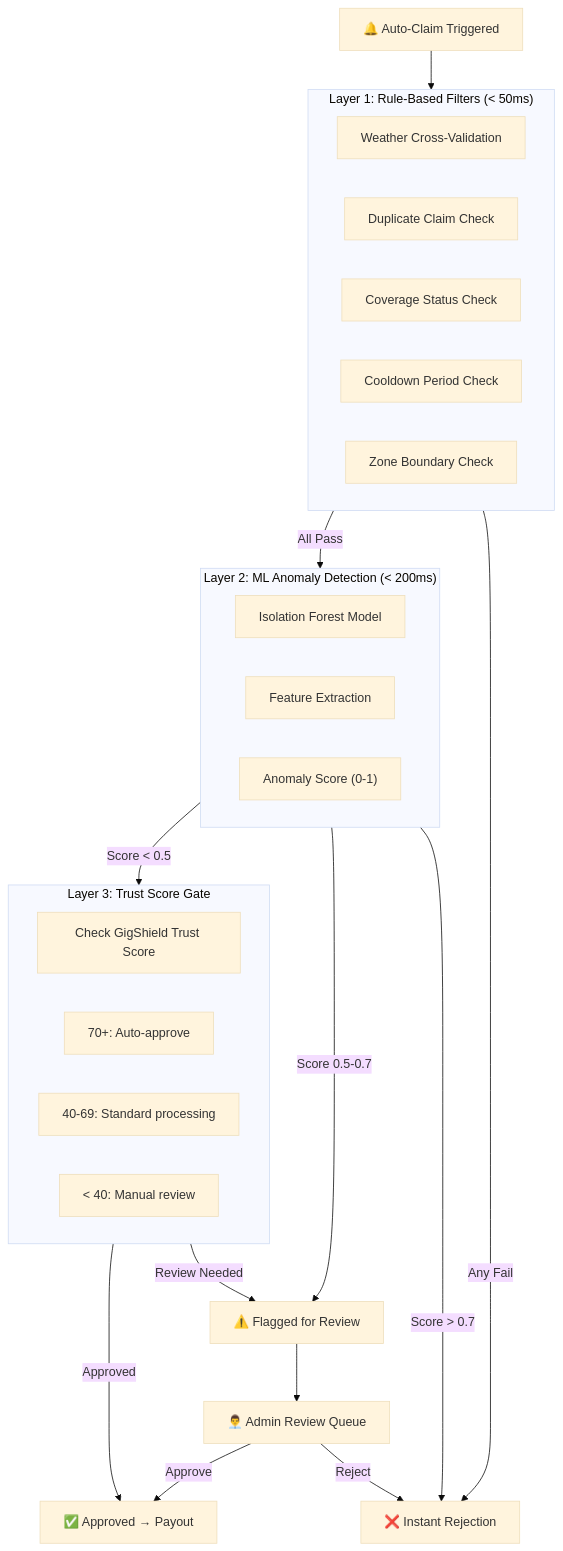
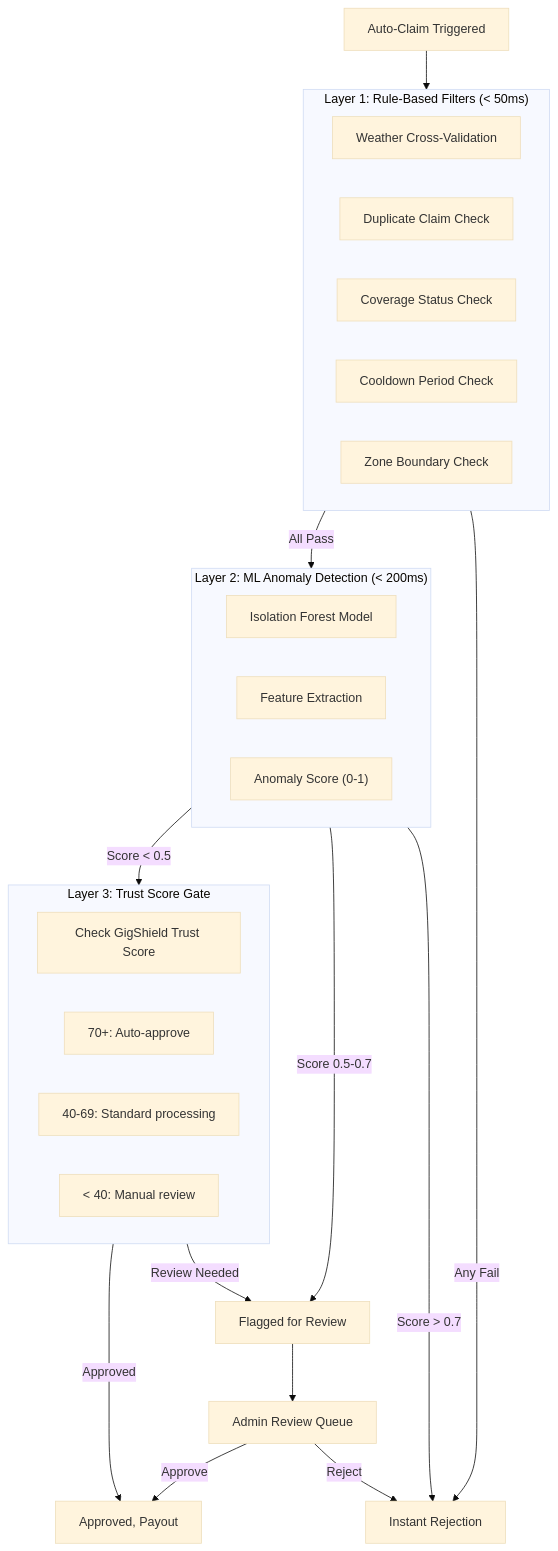
One commit to PraneeshRV/Zoink-4-u changed the diagram in docs/FRAUD_DETECTION.md. Above: the diagram before and after it, drawn with Mermaid (base theme). The commit also changed other lines of this file, not shown here.

````diff
--- a/docs/FRAUD_DETECTION.md
+++ b/docs/FRAUD_DETECTION.md
@@ -22,39 +22,39 @@
 ```mermaid
 flowchart TD
-    A["🔔 Auto-Claim Triggered"] --> L1
+    A["Auto-Claim Triggered"] --> L1
     
     subgraph L1["Layer 1: Rule-Based Filters (< 50ms)"]
         R1["Weather Cross-Validation"]
         R2["Duplicate Claim Check"]
         R3["Coverage Status Check"]
         R4["Cooldown Period Check"]
         R5["Zone Boundary Check"]
     end
     
     L1 -->|All Pass| L2
-    L1 -->|Any Fail| REJ["❌ Instant Rejection"]
+    L1 -->|Any Fail| REJ["Instant Rejection"]
     
     subgraph L2["Layer 2: ML Anomaly Detection (< 200ms)"]
         M1["Isolation Forest Model"]
         M2["Feature Extraction"]
         M3["Anomaly Score (0-1)"]
     end
     
     L2 -->|Score < 0.5| L3
-    L2 -->|Score 0.5-0.7| FLAG["⚠️ Flagged for Review"]
+    L2 -->|Score 0.5-0.7| FLAG["Flagged for Review"]
     L2 -->|Score > 0.7| REJ
     
     subgraph L3["Layer 3: Trust Score Gate"]
         T1["Check GigShield Trust Score"]
         T2["70+: Auto-approve"]
         T3["40-69: Standard processing"]
         T4["< 40: Manual review"]
     end
     
-    L3 -->|Approved| APPROVE["✅ Approved → Payout"]
+    L3 -->|Approved| APPROVE["Approved, Payout"]
     L3 -->|Review Needed| FLAG
     
-    FLAG --> ADMIN["👨‍💼 Admin Review Queue"]
+    FLAG --> ADMIN["Admin Review Queue"]
     ADMIN -->|Approve| APPROVE
     ADMIN -->|Reject| REJ
 ```
````
